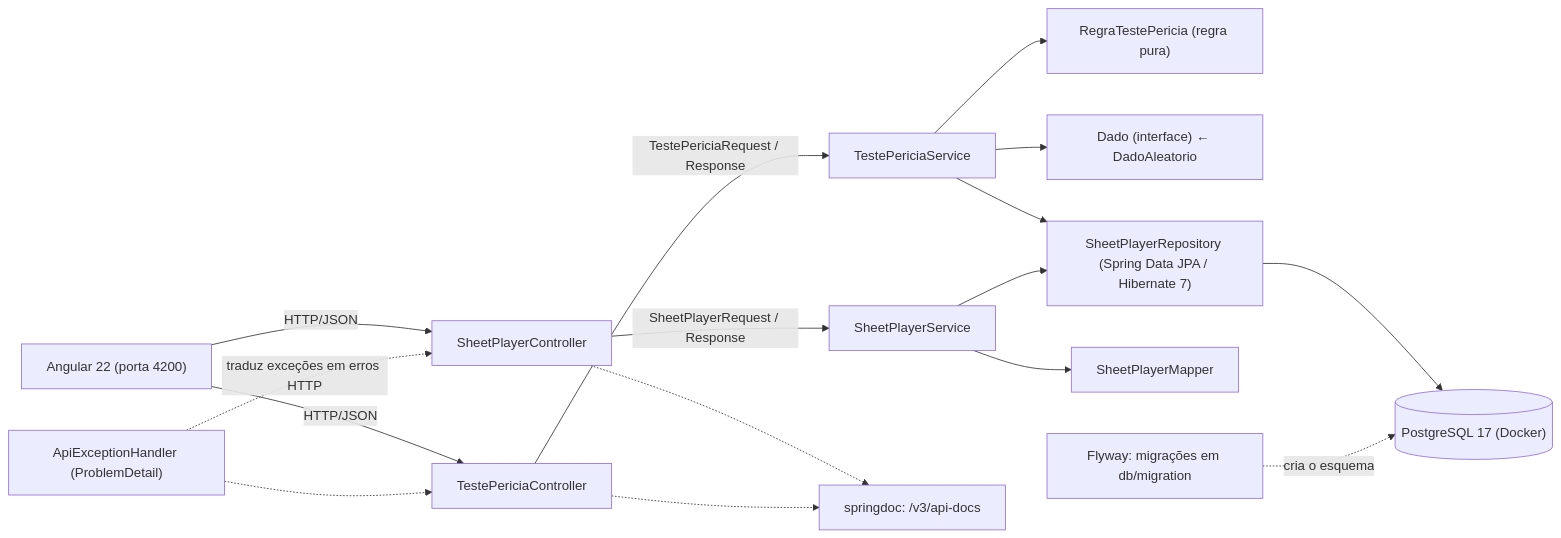
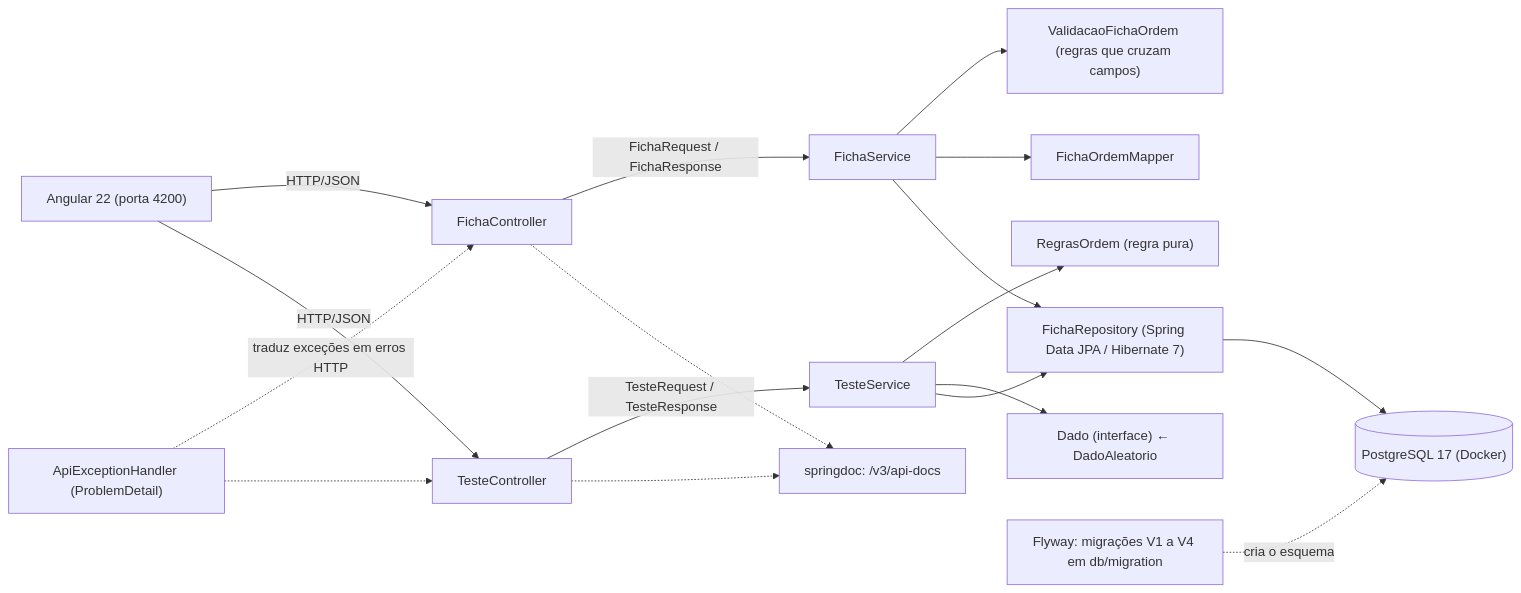
One commit to Deive25/Gerenciador-de-Fichas-RPG changed the first of 2 diagrams in README.md. Above: the diagram before and after it, drawn with Mermaid. The commit also changed other lines of this file and 2 other files, not shown here.

````diff
--- a/README.md
+++ b/README.md
@@ -167,18 +202,19 @@
 ```mermaid
 flowchart LR
-    A["Angular 22 (porta 4200)"] -->|HTTP/JSON| B[SheetPlayerController]
-    B -->|SheetPlayerRequest / Response| C[SheetPlayerService]
-    A -->|HTTP/JSON| T[TestePericiaController]
-    T -->|TestePericiaRequest / Response| S[TestePericiaService]
-    S --> G["RegraTestePericia (regra pura)"]
+    A["Angular 22 (porta 4200)"] -->|HTTP/JSON| B[FichaController]
+    B -->|FichaRequest / FichaResponse| C[FichaService]
+    C --> V["ValidacaoFichaOrdem (regras que cruzam campos)"]
+    C --> M[FichaOrdemMapper]
+    A -->|HTTP/JSON| T[TesteController]
+    T -->|TesteRequest / TesteResponse| S[TesteService]
+    S --> G["RegrasOrdem (regra pura)"]
     S --> Q["Dado (interface) ← DadoAleatorio"]
     S --> R
-    C --> M[SheetPlayerMapper]
-    C --> R["SheetPlayerRepository (Spring Data JPA / Hibernate 7)"]
+    C --> R["FichaRepository (Spring Data JPA / Hibernate 7)"]
     R --> D[("PostgreSQL 17 (Docker)")]
-    F["Flyway: migrações em db/migration"] -.->|cria o esquema| D
+    F["Flyway: migrações V1 a V4 em db/migration"] -.->|cria o esquema| D
     X["ApiExceptionHandler (ProblemDetail)"] -.->|traduz exceções em erros HTTP| B
     B -.-> O["springdoc: /v3/api-docs"]
     T -.-> O
     X -.-> T
 ```
````
